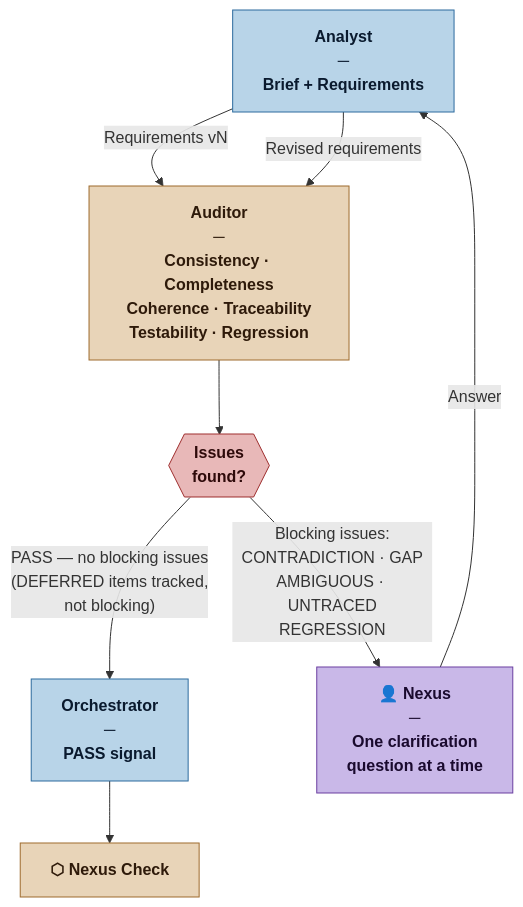
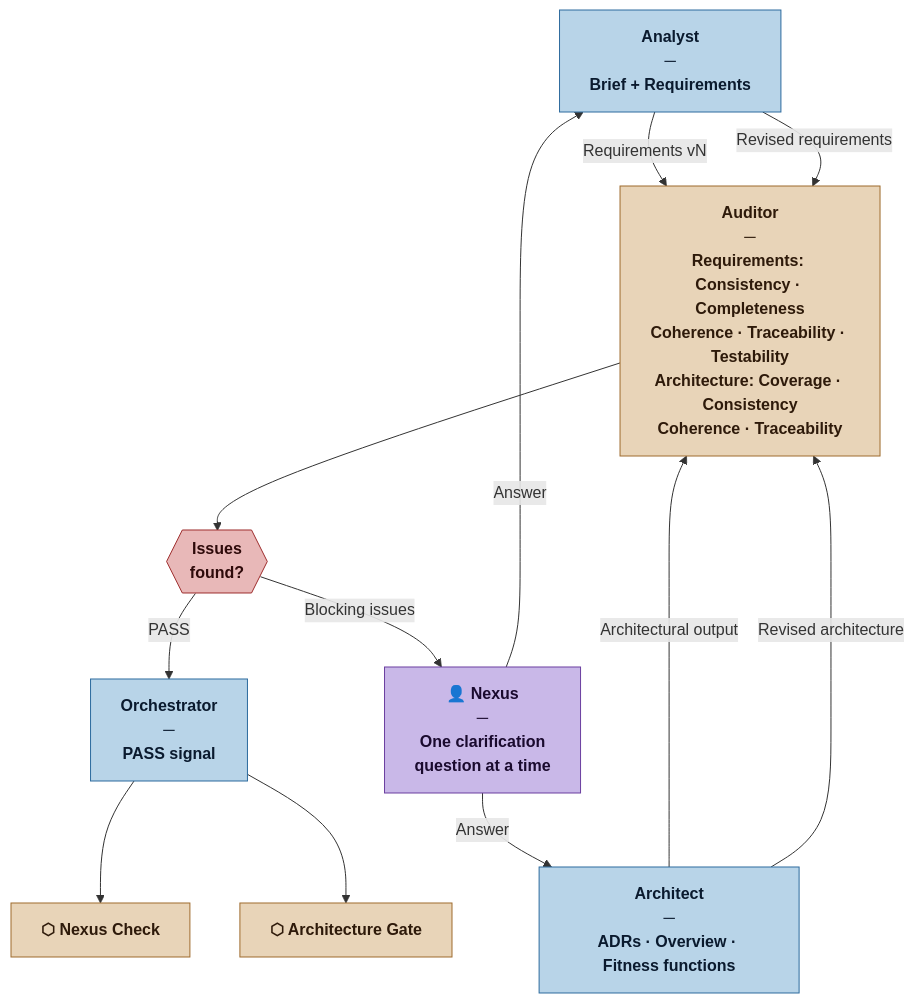
The diagram in agents/auditor.md (loskylp/Nexus-SDLC), drawn with Mermaid before and after one commit. The commit also changed other lines of this file and 5 other files, not shown here.

````diff
--- a/agents/auditor.md
+++ b/agents/auditor.md
@@ -13,24 +17,30 @@
 ```mermaid
 flowchart TD
     classDef nexus    fill:#c9b8e8,stroke:#6b3fa0,color:#1a0a2e,font-weight:bold
     classDef self     fill:#e8d4b8,stroke:#9e6b2d,color:#2e1a0a,font-weight:bold
     classDef artifact fill:#b8e8c9,stroke:#2d9e5a,color:#0a1e0a,font-weight:bold
     classDef agent    fill:#b8d4e8,stroke:#2d6b9e,color:#0a1a2e,font-weight:bold
     classDef gate     fill:#e8d4b8,stroke:#9e6b2d,color:#2e1a0a,font-weight:bold
     classDef decision fill:#e8b8b8,stroke:#9e2d2d,color:#2e0a0a,font-weight:bold
 
     AN["Analyst<br/>─<br/>Brief + Requirements"]:::agent
-    AU["Auditor<br/>─<br/>Consistency · Completeness<br/>Coherence · Traceability<br/>Testability · Regression"]:::self
+    AR["Architect<br/>─<br/>ADRs · Overview · Fitness functions"]:::agent
+    AU["Auditor<br/>─<br/>Requirements: Consistency · Completeness<br/>Coherence · Traceability · Testability<br/>Architecture: Coverage · Consistency<br/>Coherence · Traceability"]:::self
     DEC{{"Issues<br/>found?"}}:::decision
     NQ["👤 Nexus<br/>─<br/>One clarification<br/>question at a time"]:::nexus
     OR["Orchestrator<br/>─<br/>PASS signal"]:::agent
     NC["⬡ Nexus Check"]:::gate
+    AG["⬡ Architecture Gate"]:::gate
 
     AN  -->|"Requirements vN"| AU
+    AR  -->|"Architectural output"| AU
     AU  --> DEC
-    DEC -->|"PASS — no blocking issues<br/>(DEFERRED items tracked,<br/>not blocking)"| OR
+    DEC -->|"PASS"| OR
     OR  --> NC
-    DEC -->|"Blocking issues:<br/>CONTRADICTION · GAP<br/>AMBIGUOUS · UNTRACED<br/>REGRESSION"| NQ
+    OR  --> AG
+    DEC -->|"Blocking issues"| NQ
     NQ  -->|"Answer"| AN
+    NQ  -->|"Answer"| AR
     AN  -->|"Revised requirements"| AU
+    AR  -->|"Revised architecture"| AU
 ```
````
